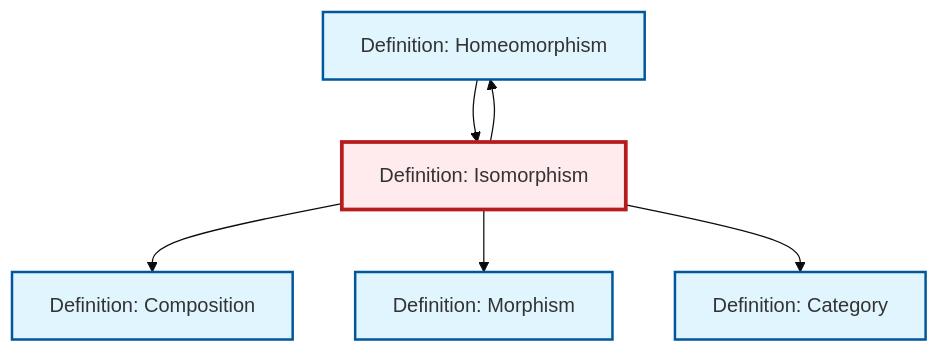
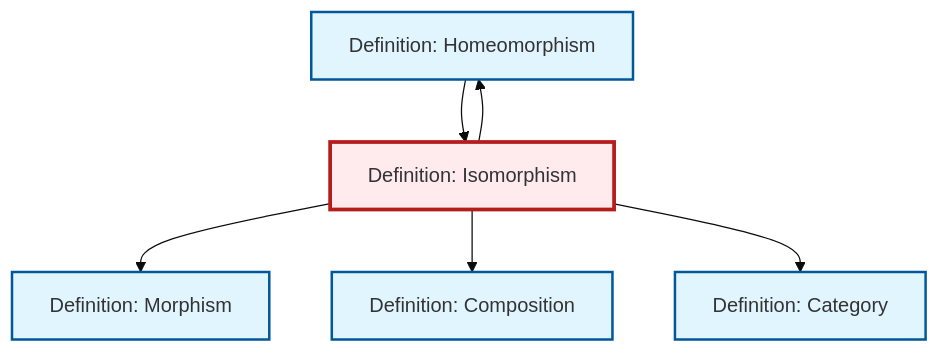
The diagram in content/en/category-theory/def-isomorphism.qmd (RK0429/ModernMath), drawn with Mermaid (base theme) before and after one commit. The commit also changed other lines of this file and 615 other files, not shown here.

````diff
--- a/content/en/category-theory/def-isomorphism.qmd
+++ b/content/en/category-theory/def-isomorphism.qmd
@@ -83,24 +83,24 @@
 ```{mermaid}
 %%| fig-cap: "Local dependency graph"
 graph TD
     classDef definition fill:#e1f5fe,stroke:#01579b,stroke-width:2px
     classDef theorem fill:#f3e5f5,stroke:#4a148c,stroke-width:2px
     classDef axiom fill:#fff3e0,stroke:#e65100,stroke-width:2px
     classDef example fill:#e8f5e9,stroke:#1b5e20,stroke-width:2px
     classDef current fill:#ffebee,stroke:#b71c1c,stroke-width:3px
-    def-homeomorphism["Definition: Homeomorphism"]:::definition
-    def-isomorphism["Definition: Isomorphism"]:::definition
     def-category["Definition: Category"]:::definition
     def-composition["Definition: Composition"]:::definition
     def-morphism["Definition: Morphism"]:::definition
-    def-isomorphism --> def-composition
+    def-homeomorphism["Definition: Homeomorphism"]:::definition
+    def-isomorphism["Definition: Isomorphism"]:::definition
     def-isomorphism --> def-morphism
     def-homeomorphism --> def-isomorphism
     def-isomorphism --> def-homeomorphism
+    def-isomorphism --> def-composition
     def-isomorphism --> def-category
     class def-isomorphism current
-    click def-homeomorphism "def-homeomorphism.html" "Go to Homeomorphism definition"
     click def-category "def-category.html" "Go to Category definition"
     click def-composition "def-composition.html" "Go to Composition definition"
     click def-morphism "def-morphism.html" "Go to Morphism definition"
+    click def-homeomorphism "def-homeomorphism.html" "Go to Homeomorphism definition"
 ```
````
